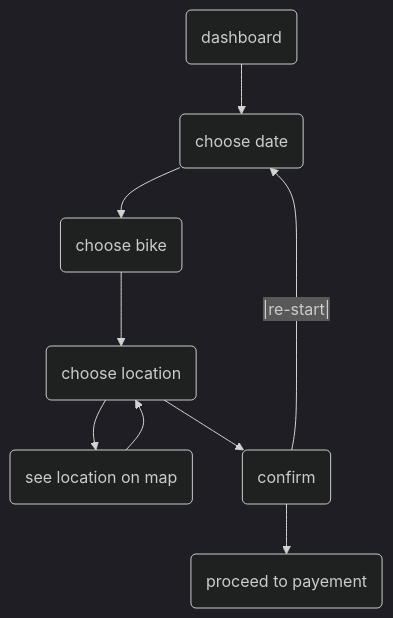
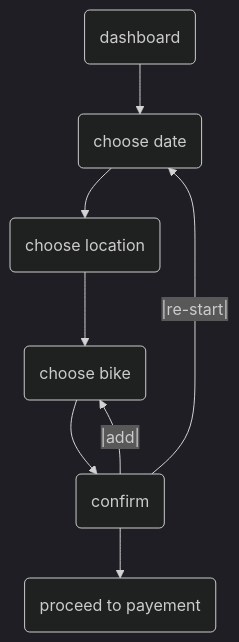
One commit to FrancisFigu/PANI_BikeshopApp changed the diagram in dossier-analyse/04-scenarios.md. Above: the diagram before and after it, drawn with Mermaid (dark theme). The commit also changed other lines of this file and 16 other files, not shown here.

`````diff
--- a/dossier-analyse/04-scenarios.md
+++ b/dossier-analyse/04-scenarios.md
@@ -21,12 +21,11 @@
 ````mermaid
  flowchart TB
     A(dashboard)
     -->B(choose date)
-    -->C(choose bike)
-    -->D(choose location)
-    D-->E(see location on map)
-    E-->D 
+    -->C(choose location)
+    -->D(choose bike)
     D-->F(confirm)
 -->G(proceed to payement)
 F--|re-start|-->B
+F--|add|-->D
 ````
`````
